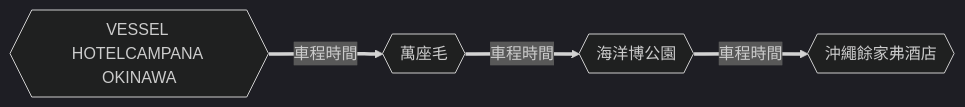
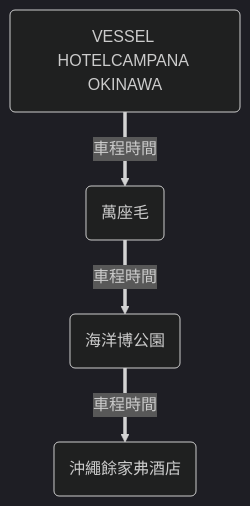
Before and after one commit to wilder640/trip: the ninth of 12 diagrams in docs/blog/posts/okinawa/okinawa-2024-12/okinawa-2024-12.md, drawn with Mermaid (dark theme). The commit also changed other lines of this file and 2 other files, not shown here.

````diff
--- a/docs/blog/posts/okinawa/okinawa-2024-12/okinawa-2024-12.md
+++ b/docs/blog/posts/okinawa/okinawa-2024-12/okinawa-2024-12.md
@@ -128,4 +210,4 @@
 ``` mermaid
-graph LR
-  A{{VESSEL HOTELCAMPANA OKINAWA}} == 車程時間 ==> Ｂ{{萬座毛}} == 車程時間 ==> Ｃ{{海洋博公園}} == 車程時間 ==> Ｄ{{沖繩餘家弗酒店}}
+graph TD
+  A(VESSEL HOTELCAMPANA OKINAWA) == 車程時間 ==> Ｂ(萬座毛) == 車程時間 ==> Ｃ(海洋博公園) == 車程時間 ==> Ｄ(沖繩餘家弗酒店)
 ```
````
